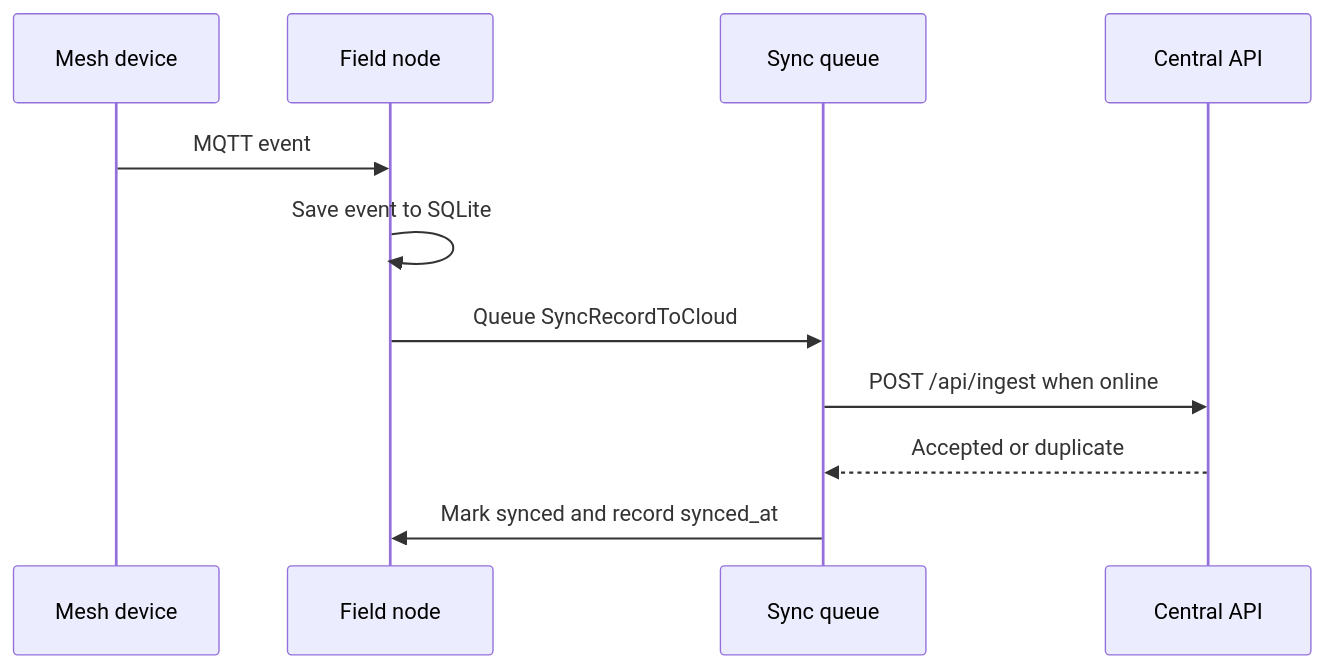
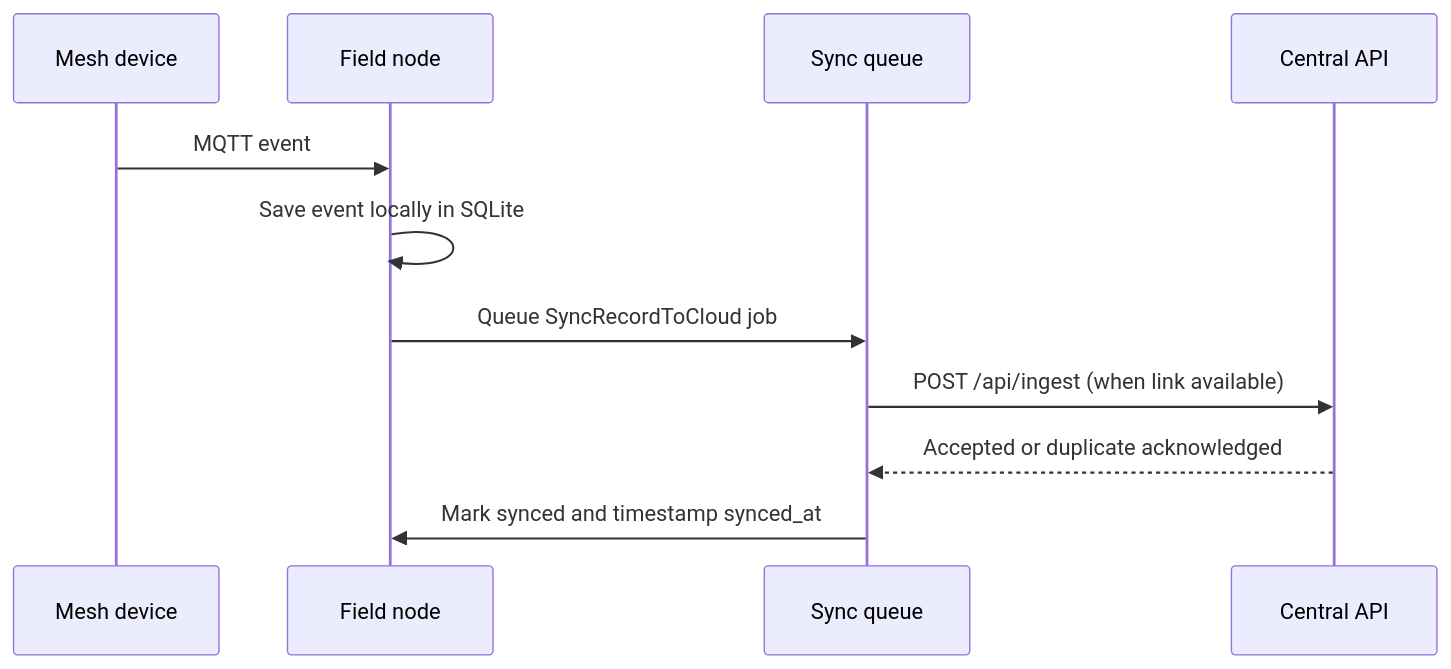
Before and after one commit to MeshBeacon/meshbeacon: the second of 2 diagrams in README.md, drawn with Mermaid. The commit also changed other lines of this file and 4 other files, not shown here.

````diff
--- a/README.md
+++ b/README.md
@@ -99,13 +103,13 @@
 ```mermaid
 sequenceDiagram
     participant Duck as Mesh device
     participant Field as Field node
     participant Queue as Sync queue
     participant Central as Central API
     Duck->>Field: MQTT event
-    Field->>Field: Save event to SQLite
-    Field->>Queue: Queue SyncRecordToCloud
-    Queue->>Central: POST /api/ingest when online
-    Central-->>Queue: Accepted or duplicate
-    Queue->>Field: Mark synced and record synced_at
+    Field->>Field: Save event locally in SQLite
+    Field->>Queue: Queue SyncRecordToCloud job
+    Queue->>Central: POST /api/ingest (when link available)
+    Central-->>Queue: Accepted or duplicate acknowledged
+    Queue->>Field: Mark synced and timestamp synced_at
 ```
````
